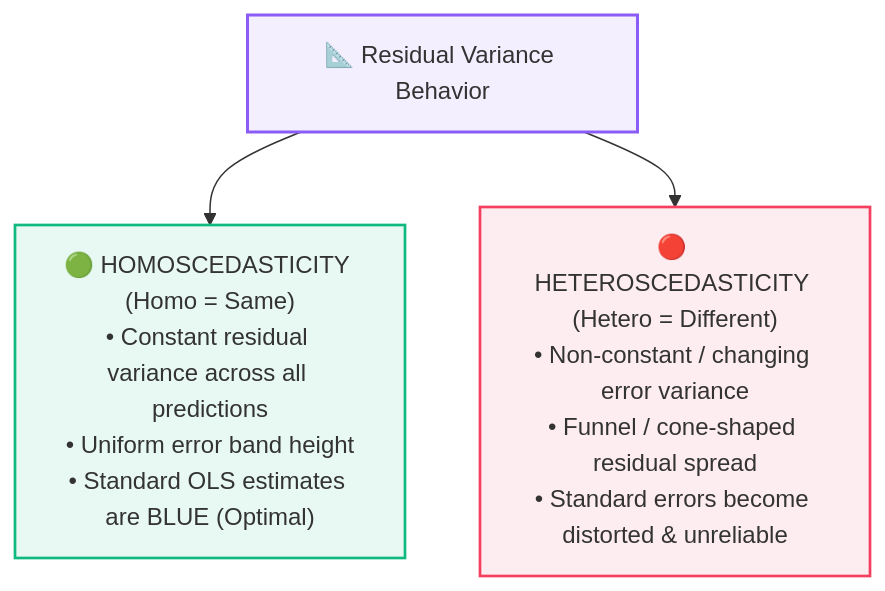
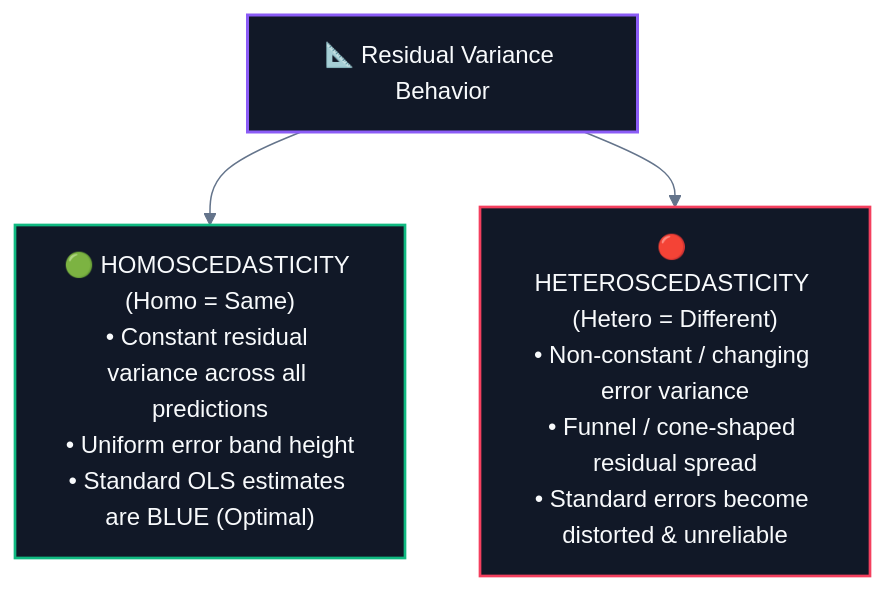
One commit to abhinavbharti2345/CS_Notes changed the second of 3 diagrams in CS/AI & ML/01. Classical ML/06. Linear Regression Assumptions.md. Above: the diagram before and after it, drawn with Mermaid. The commit also changed other lines of this file and 195 other files, not shown here.

````diff
--- a/CS/AI & ML/01. Classical ML/06. Linear Regression Assumptions.md
+++ b/CS/AI & ML/01. Classical ML/06. Linear Regression Assumptions.md
@@ -211,16 +212,17 @@
 ```mermaid
+%%{init: {'theme': 'base', 'themeVariables': { 'darkMode': true, 'background': '#0B0F14', 'mainBkg': '#111827', 'primaryColor': '#111827', 'primaryTextColor': '#F8FAFC', 'primaryBorderColor': '#38BDF8', 'lineColor': '#64748B', 'secondaryColor': '#0B0F14', 'tertiaryColor': '#0B0F14', 'clusterBkg': '#0B0F14', 'clusterBorder': '#38BDF8' }}}%%
 flowchart TD
     Var["📐 Residual Variance Behavior"]
     
     Var --> Homo["🟢 HOMOSCEDASTICITY (Homo = Same)<br/>• Constant residual variance across all predictions<br/>• Uniform error band height<br/>• Standard OLS estimates are BLUE (Optimal)"]
     
     Var --> Hetero["🔴 HETEROSCEDASTICITY (Hetero = Different)<br/>• Non-constant / changing error variance<br/>• Funnel / cone-shaped residual spread<br/>• Standard errors become distorted & unreliable"]
 
-    classDef root fill:#8b5cf618,stroke:#8b5cf6,stroke-width:2px;
-    classDef homo fill:#10b98118,stroke:#10b981,stroke-width:1.8px;
-    classDef hetero fill:#f43f5e18,stroke:#f43f5e,stroke-width:1.8px;
+    classDef root fill:#111827,stroke:#8b5cf6,stroke-width:2px,color:#F8FAFC;
+    classDef homo fill:#111827,stroke:#10b981,stroke-width:1.8px,color:#F8FAFC;
+    classDef hetero fill:#111827,stroke:#f43f5e,stroke-width:1.8px,color:#F8FAFC;
 
     class Var root;
     class Homo homo;
     class Hetero hetero;
 ```
````
